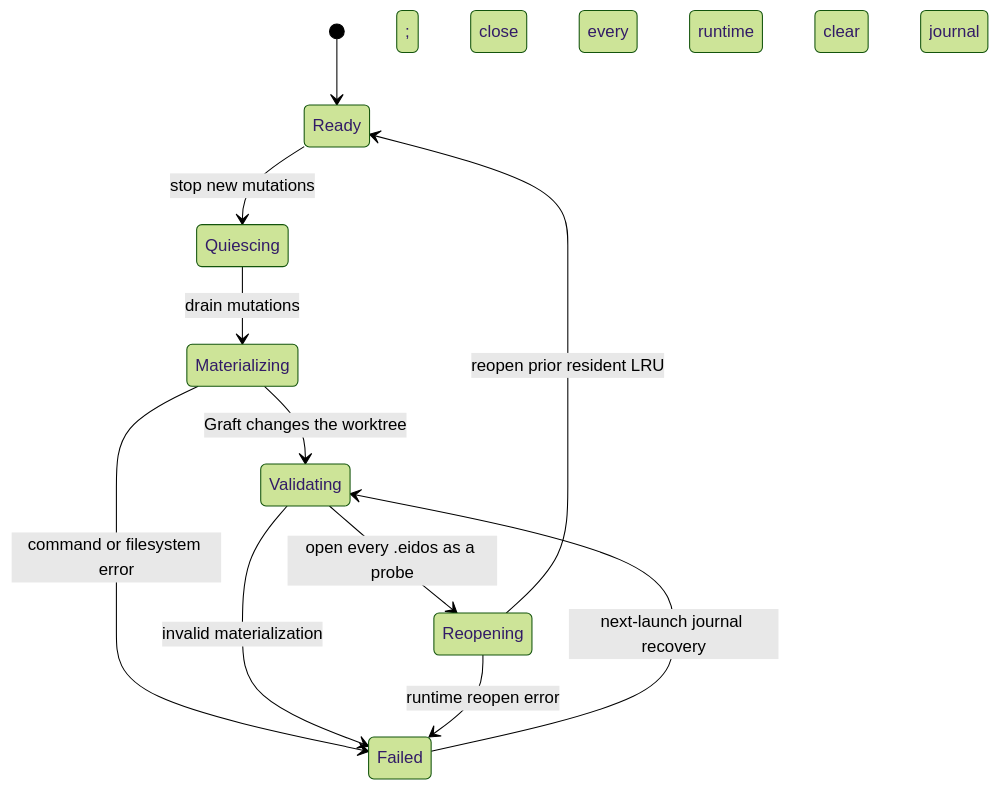
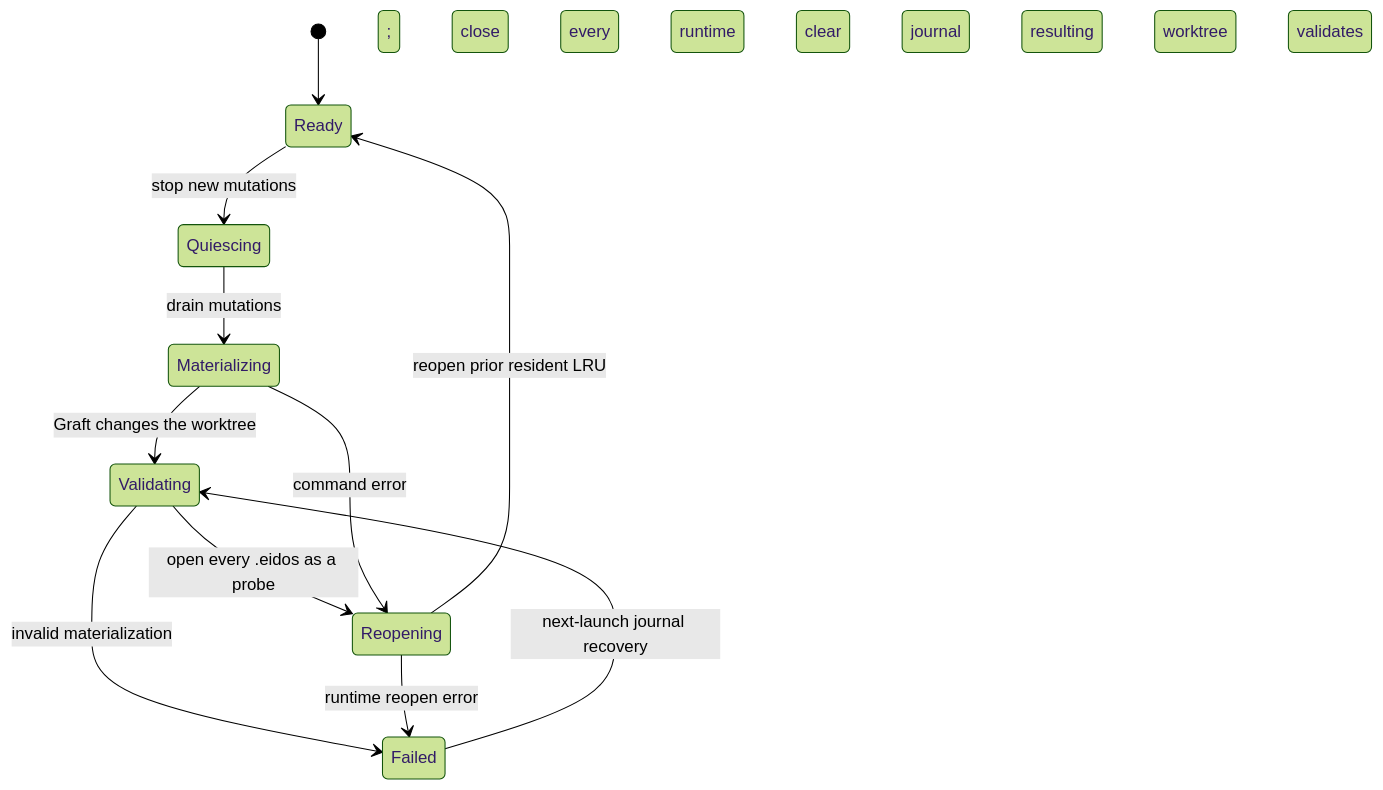
The second of 2 diagrams in apps/eidos-lite-desktop/docs/ARCHITECTURE.md (mayneyao/eidos), drawn with Mermaid (forest theme) before and after one commit. The commit also changed other lines of this file and 3 other files, not shown here.

````diff
--- a/apps/eidos-lite-desktop/docs/ARCHITECTURE.md
+++ b/apps/eidos-lite-desktop/docs/ARCHITECTURE.md
@@ -99,13 +102,13 @@
 ```mermaid
 stateDiagram-v2
   [*] --> Ready
   Ready --> Quiescing: stop new mutations
   Quiescing --> Materializing: drain mutations; close every runtime
   Materializing --> Validating: Graft changes the worktree
   Validating --> Reopening: open every .eidos as a probe
   Reopening --> Ready: reopen prior resident LRU; clear journal
-  Materializing --> Failed: command or filesystem error
+  Materializing --> Reopening: command error; resulting worktree validates
   Validating --> Failed: invalid materialization
   Reopening --> Failed: runtime reopen error
   Failed --> Validating: next-launch journal recovery
 ```
````
